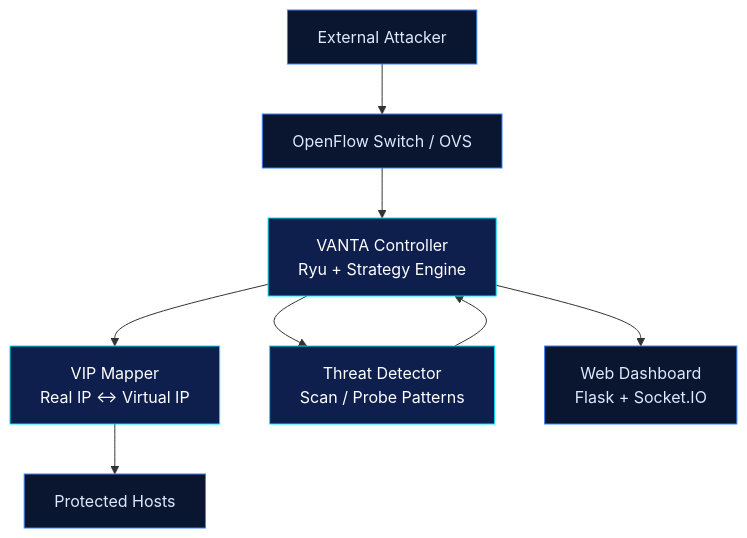
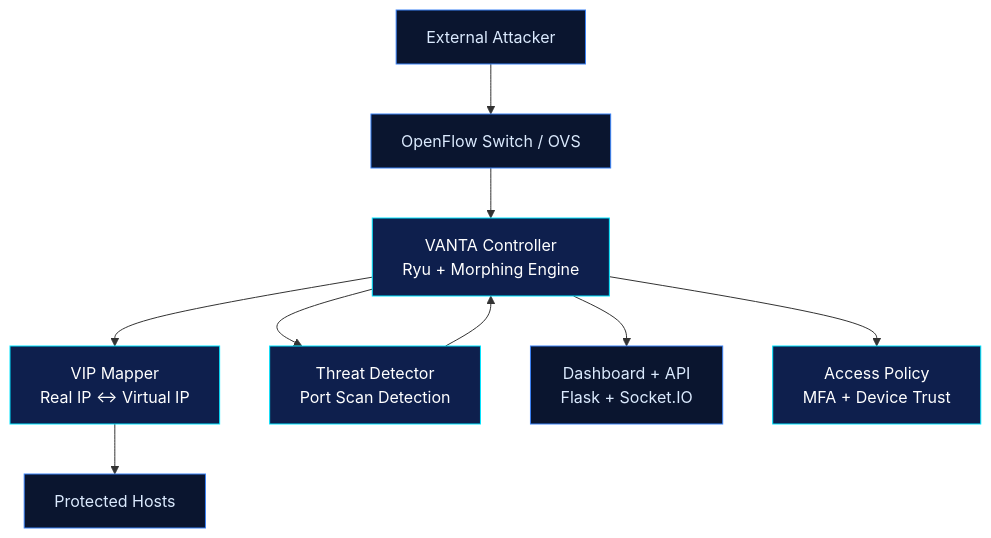
Before and after one commit to Manishsarkar1/NetWeaver: the diagram in README.md, drawn with Mermaid. The commit also changed other lines of this file and 25 other files, not shown here.

````diff
--- a/README.md
+++ b/README.md
@@ -30,16 +30,17 @@
 ```mermaid
 flowchart TB
     A["External Attacker"] --> B["OpenFlow Switch / OVS"]
-    B --> C["VANTA Controller\nRyu + Strategy Engine"]
+    B --> C["VANTA Controller\nRyu + Morphing Engine"]
     C --> D["VIP Mapper\nReal IP <-> Virtual IP"]
-    C --> E["Threat Detector\nScan / Probe Patterns"]
-    C --> F["Web Dashboard\nFlask + Socket.IO"]
+    C --> E["Threat Detector\nPort Scan Detection"]
+    C --> F["Dashboard + API\nFlask + Socket.IO"]
     D --> G["Protected Hosts"]
+    C --> H["Access Policy\nMFA + Device Trust"]
     E --> C
 
     classDef core fill:#0e1f4d,stroke:#00e5ff,color:#ffffff,stroke-width:1px;
     classDef edge fill:#0a152f,stroke:#3b82f6,color:#dbeafe,stroke-width:1px;
 
-    class C,D,E core;
+    class C,D,E,H core;
     class A,B,F,G edge;
 ```
````
